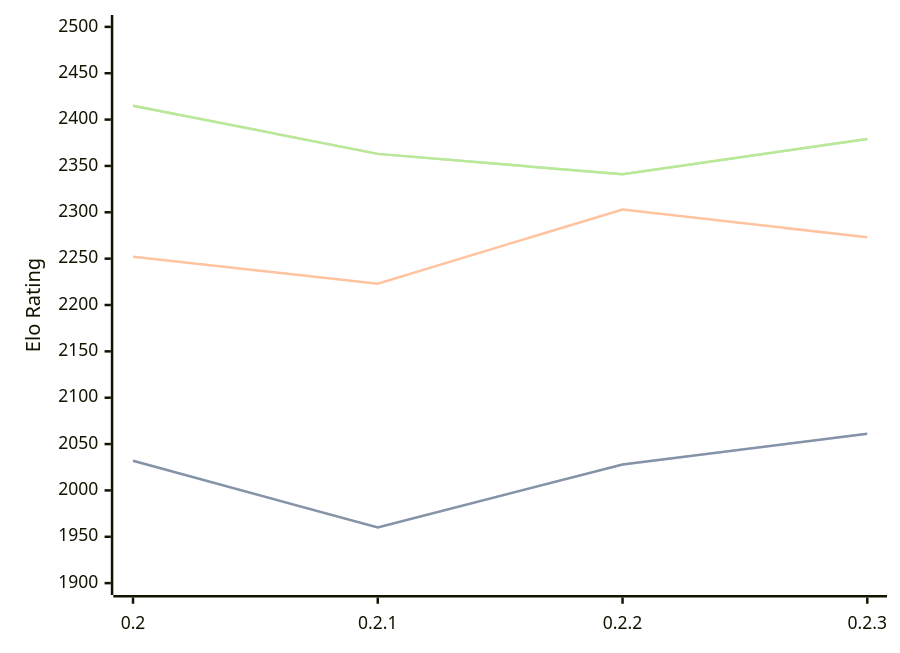
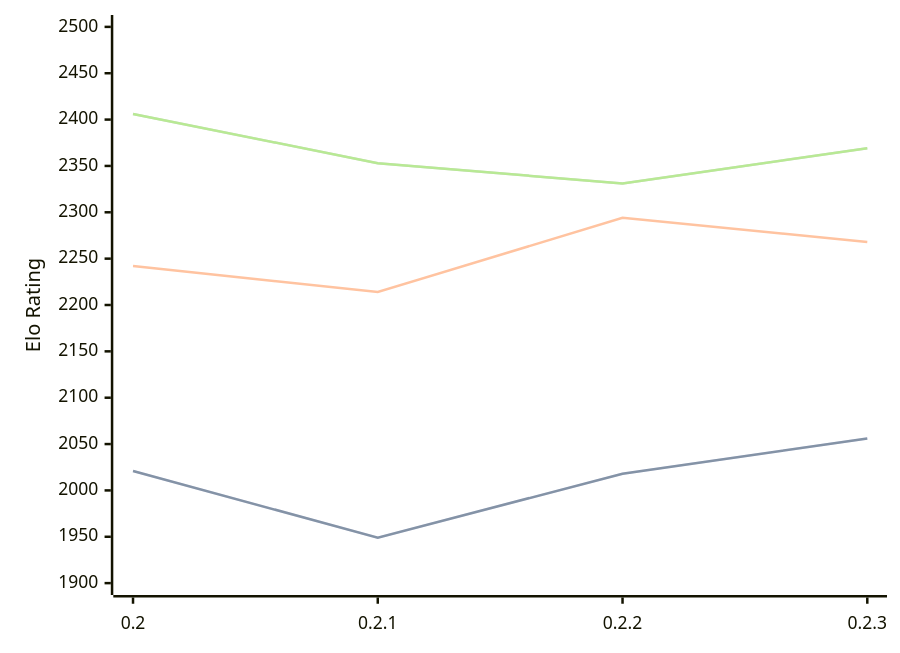
The diagram in engines/Lolbot.md (computer-chess-index/cci), drawn with Mermaid before and after one commit. The commit also changed other lines of this file, not shown here.

Commit message:
Update CCI Ratings (ELO VLTC) - 2026-03-19

````diff
--- a/engines/Lolbot.md
+++ b/engines/Lolbot.md
@@ -33,11 +33,11 @@
 ```mermaid
 %%{init: {"theme":"base","themeVariables":{"seriesColors:['#a3a3a3','#222221','#faa371']}}}%%
 xychart-beta
   x-axis ["0.2", "0.2.1", "0.2.2", "0.2.3"]
   y-axis "Elo Rating" 1900 --> 2500
-  line "STC (8.0+0.08s)" [2032, 1960, 2028, 2061]
-  line "STC (8.0+0.08s)" [2032, 1960, 2028, 2061]
-  line "LTC (60.0+0.60s)" [2252, 2223, 2303, 2273]
-  line "VLTC (2m24s+1.12s)" [2415, 2363, 2341, 2379]
-  line "VLTC (2m24s+1.12s)" [2415, 2363, 2341, 2379]
+  line "STC (8.0+0.08s)" [2021, 1949, 2018, 2056]
+  line "STC (8.0+0.08s)" [2021, 1949, 2018, 2056]
+  line "LTC (60.0+0.60s)" [2242, 2214, 2294, 2268]
+  line "VLTC (2m24s+1.12s)" [2406, 2353, 2331, 2369]
+  line "VLTC (2m24s+1.12s)" [2406, 2353, 2331, 2369]
 ```
````
